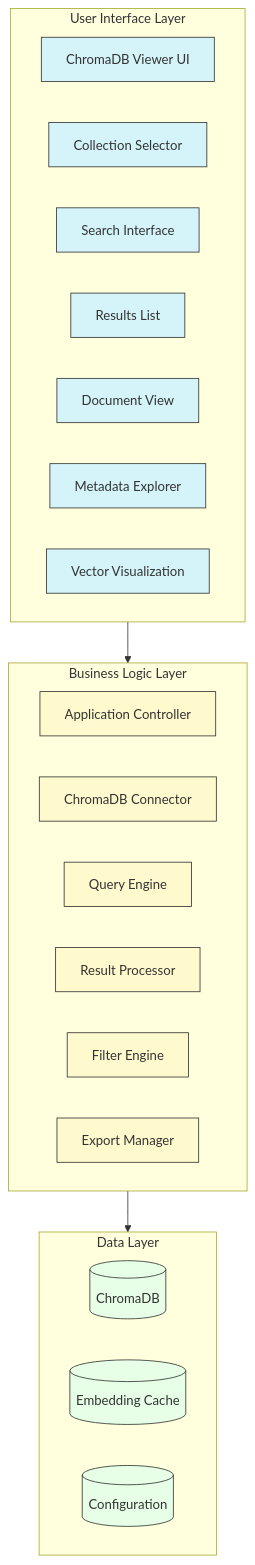
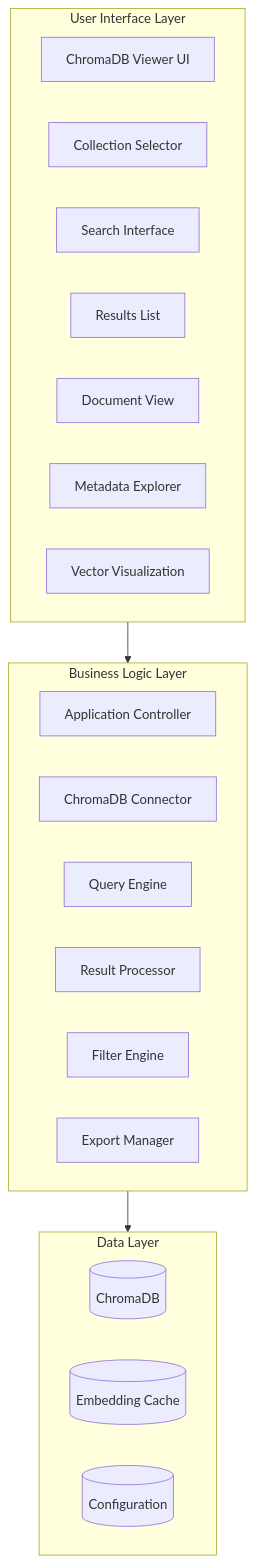
Before and after one commit to inherent-design/atlas: the second of 5 diagrams in docs/CHROMADB_VIEWER.md, drawn with Mermaid. The commit also changed other lines of this file and 9 other files, not shown here.

````diff
--- a/docs/CHROMADB_VIEWER.md
+++ b/docs/CHROMADB_VIEWER.md
@@ -37,43 +37,39 @@
 ```mermaid
 graph TD
     %% User Interface Layer
     subgraph UILayer["User Interface Layer"]
         UIMain[ChromaDB Viewer UI]
         NavPanel[Collection Selector]
         SearchBar[Search Interface]
         ResultList[Results List]
         DetailView[Document View]
         MetadataPanel[Metadata Explorer]
         VectorView[Vector Visualization]
     end
-    
+
     %% Business Logic Layer
     subgraph LogicLayer["Business Logic Layer"]
         AppController[Application Controller]
         DBConnector[ChromaDB Connector]
         QueryEngine[Query Engine]
         ResultProcessor[Result Processor]
         FilterEngine[Filter Engine]
         ExportManager[Export Manager]
     end
-    
+
     %% Data Layer
     subgraph DataLayer["Data Layer"]
         ChromaDB[(ChromaDB)]
         EmbeddingCache[(Embedding Cache)]
         ConfigStore[(Configuration)]
     end
-    
+
     %% Connection between layers
     UILayer --> LogicLayer
     LogicLayer --> DataLayer
-    
-    %% Style definitions
-    classDef ui fill:#d4f4fa,stroke:#333,stroke-width:1px
-    classDef logic fill:#fffacd,stroke:#333,stroke-width:1px
-    classDef data fill:#e6ffe6,stroke:#333,stroke-width:1px
-    
-    class UIMain,NavPanel,SearchBar,ResultList,DetailView,MetadataPanel,VectorView ui
-    class AppController,DBConnector,QueryEngine,ResultProcessor,FilterEngine,ExportManager logic
-    class ChromaDB,EmbeddingCache,ConfigStore data
+
+    %% Style is centralized in theme/custom.css
+    class UIMain,NavPanel,SearchBar,ResultList,DetailView,MetadataPanel,VectorView info
+    class AppController,DBConnector,QueryEngine,ResultProcessor,FilterEngine,ExportManager success
+    class ChromaDB,EmbeddingCache,ConfigStore primary
 ```
````
